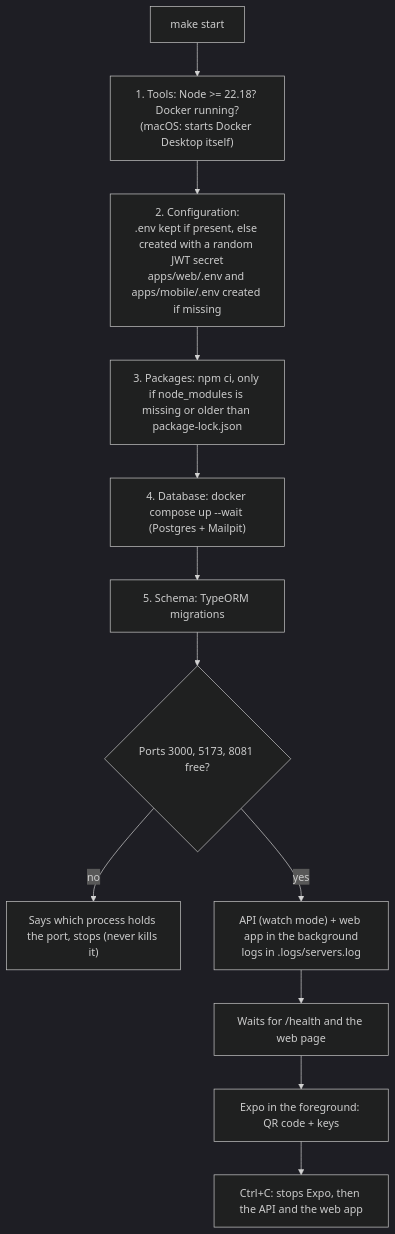
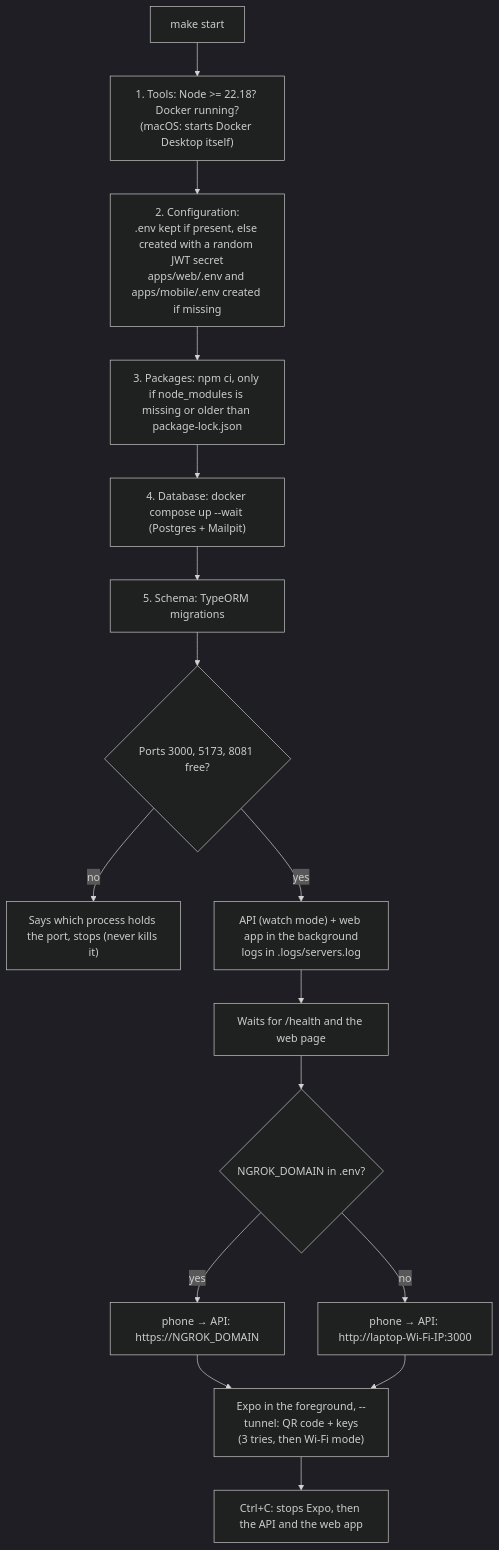
One commit to Odin-leet/music-room changed the diagram in docs/technical/01-running.md. Above: the diagram before and after it, drawn with Mermaid (dark theme). The commit also changed other lines of this file and 5 other files, not shown here.

First line of the commit message:
feat(start): Expo in tunnel mode, and the phone's API address

````diff
--- a/docs/technical/01-running.md
+++ b/docs/technical/01-running.md
@@ -34,14 +34,18 @@
 ```mermaid
 flowchart TD
   A[make start] --> S1["1. Tools: Node >= 22.18? Docker running?<br/>(macOS: starts Docker Desktop itself)"]
   S1 --> S2["2. Configuration:<br/>.env kept if present, else created with a random JWT secret<br/>apps/web/.env and apps/mobile/.env created if missing"]
   S2 --> S3["3. Packages: npm ci, only if node_modules is missing or older than package-lock.json"]
   S3 --> S4["4. Database: docker compose up --wait (Postgres + Mailpit)"]
   S4 --> S5["5. Schema: TypeORM migrations"]
   S5 --> P{"Ports 3000, 5173, 8081 free?"}
   P -- no --> X["Says which process holds the port, stops (never kills it)"]
   P -- yes --> B["API (watch mode) + web app in the background<br/>logs in .logs/servers.log"]
   B --> H["Waits for /health and the web page"]
-  H --> E["Expo in the foreground: QR code + keys"]
+  H --> T{"NGROK_DOMAIN in .env?"}
+  T -- "yes" --> TA["phone → API: https://NGROK_DOMAIN"]
+  T -- "no" --> TL["phone → API: http://laptop-Wi-Fi-IP:3000"]
+  TA --> E["Expo in the foreground, --tunnel: QR code + keys<br/>(3 tries, then Wi-Fi mode)"]
+  TL --> E
   E --> C["Ctrl+C: stops Expo, then the API and the web app"]
 ```
````
